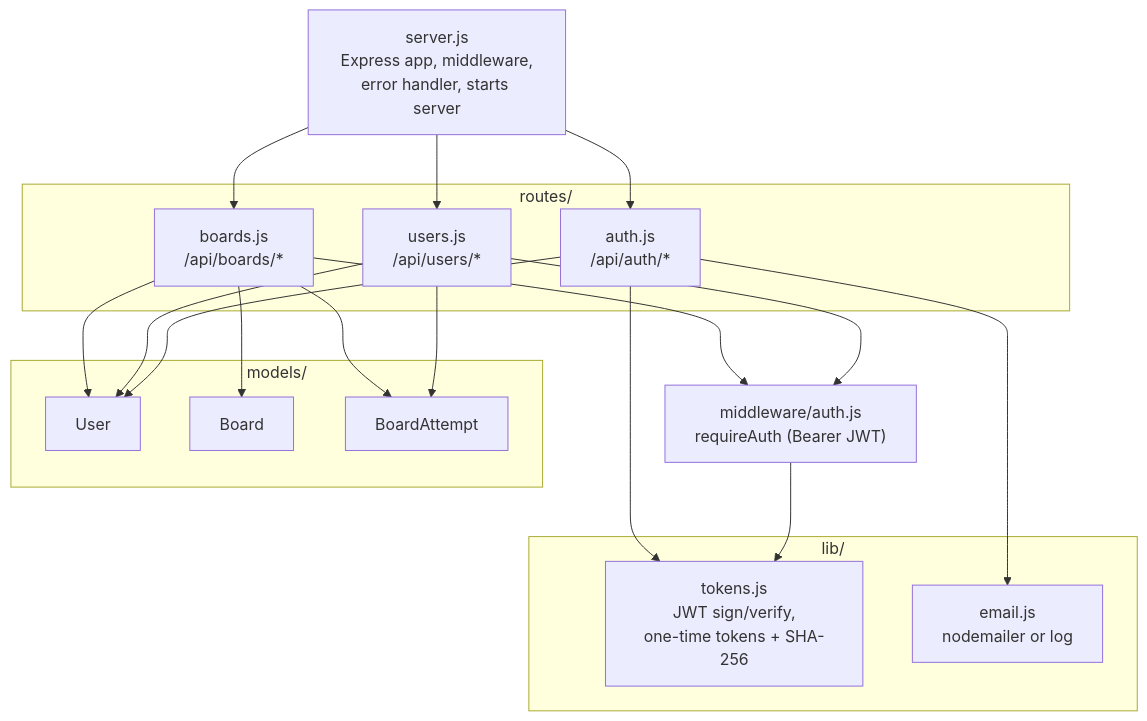
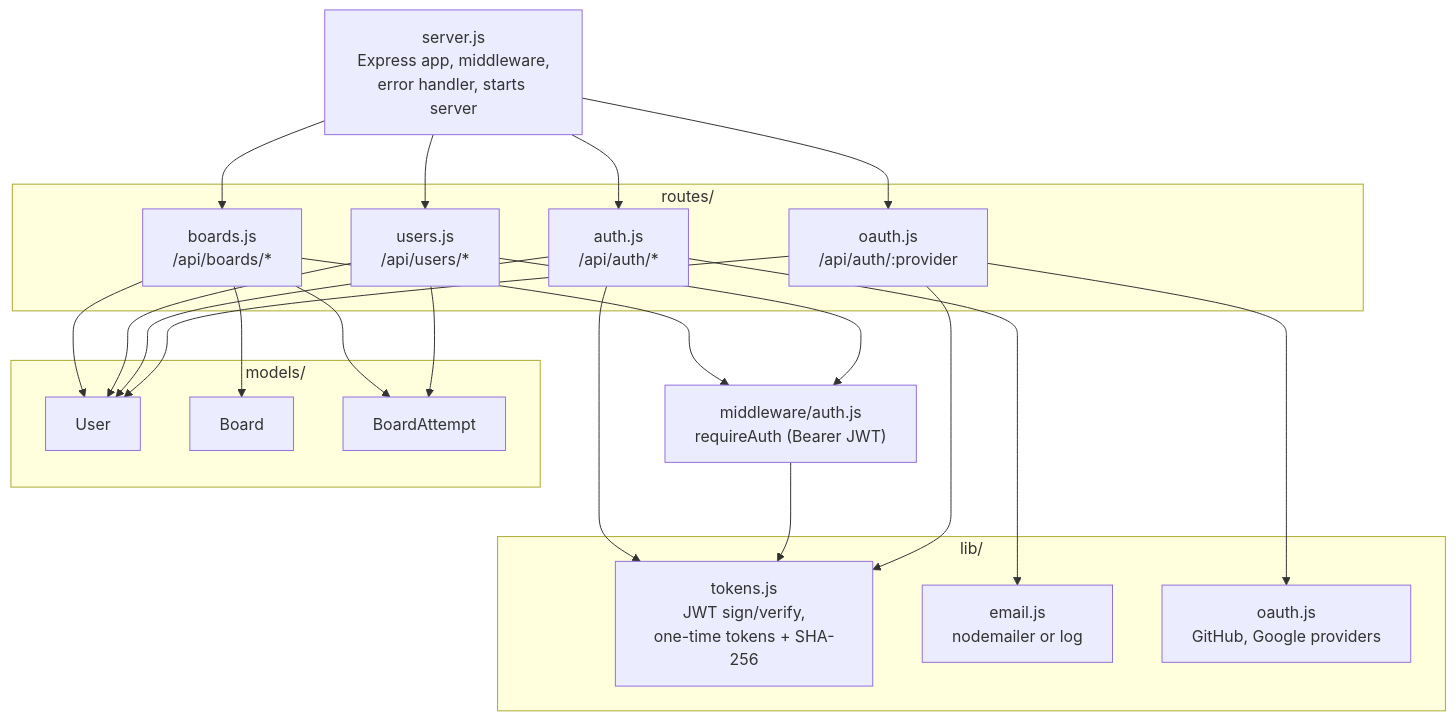
The third of 4 diagrams in docs/system-design.md (Skatboards/COP4331-MERN-Project), drawn with Mermaid before and after one commit. The commit also changed other lines of this file and 13 other files, not shown here.

````diff
--- a/docs/system-design.md
+++ b/docs/system-design.md
@@ -73,33 +75,36 @@
 ```mermaid
 flowchart TB
     server["server.js<br/>Express app, middleware,<br/>error handler, starts server"]
 
     subgraph routes["routes/"]
         auth["auth.js<br/>/api/auth/*"]
+        oauthRoute["oauth.js<br/>/api/auth/:provider"]
         users["users.js<br/>/api/users/*"]
         boards["boards.js<br/>/api/boards/*"]
     end
 
     mw["middleware/auth.js<br/>requireAuth (Bearer JWT)"]
 
     subgraph lib["lib/"]
         tokens["tokens.js<br/>JWT sign/verify,<br/>one-time tokens + SHA-256"]
         email["email.js<br/>nodemailer or log"]
+        oauthLib["oauth.js<br/>GitHub, Google providers"]
     end
 
     subgraph models["models/"]
         User
         Board
         BoardAttempt
     end
 
-    server --> auth & users & boards
+    server --> auth & oauthRoute & users & boards
+    oauthRoute --> oauthLib & tokens & User
     users --> mw
     boards --> mw
     mw --> tokens
     auth --> tokens
     auth --> email
     auth --> User
     users --> User & BoardAttempt
     boards --> User & Board & BoardAttempt
 ```
````
